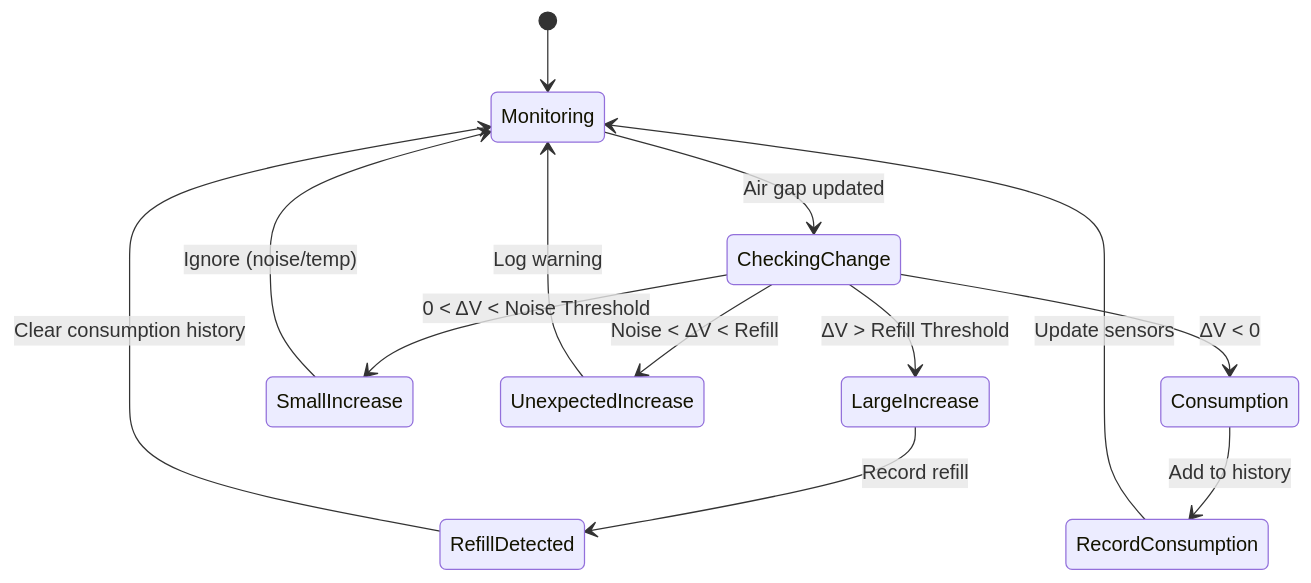
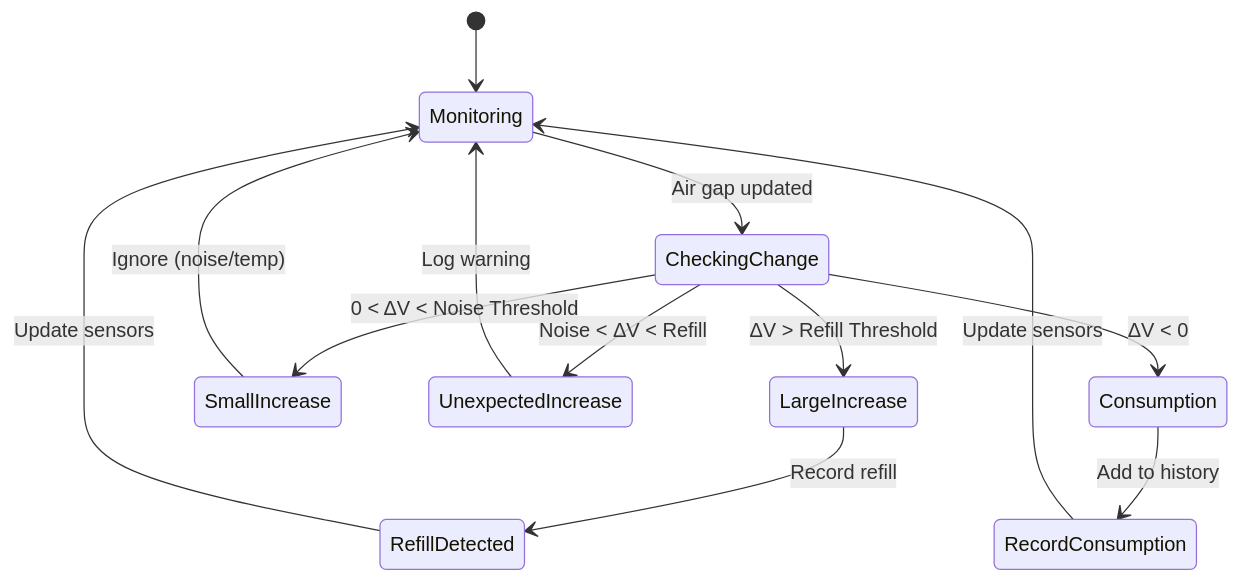
Before and after one commit to azebro/heating_oil_monitor: the fourth of 6 diagrams in DOCUMENTATION.md, drawn with Mermaid. The commit also changed other lines of this file and 16 other files, not shown here.

````diff
--- a/DOCUMENTATION.md
+++ b/DOCUMENTATION.md
@@ -481,20 +481,20 @@
 ```mermaid
 stateDiagram-v2
     [*] --> Monitoring
 
     Monitoring --> CheckingChange: Air gap updated
 
     CheckingChange --> LargeIncrease: ΔV > Refill Threshold
     CheckingChange --> SmallIncrease: 0 < ΔV < Noise Threshold
     CheckingChange --> UnexpectedIncrease: Noise < ΔV < Refill
     CheckingChange --> Consumption: ΔV < 0
 
     LargeIncrease --> RefillDetected: Record refill
-    RefillDetected --> Monitoring: Clear consumption history
+    RefillDetected --> Monitoring: Update sensors
 
     SmallIncrease --> Monitoring: Ignore (noise/temp)
     UnexpectedIncrease --> Monitoring: Log warning
 
     Consumption --> RecordConsumption: Add to history
     RecordConsumption --> Monitoring: Update sensors
 ```
````
